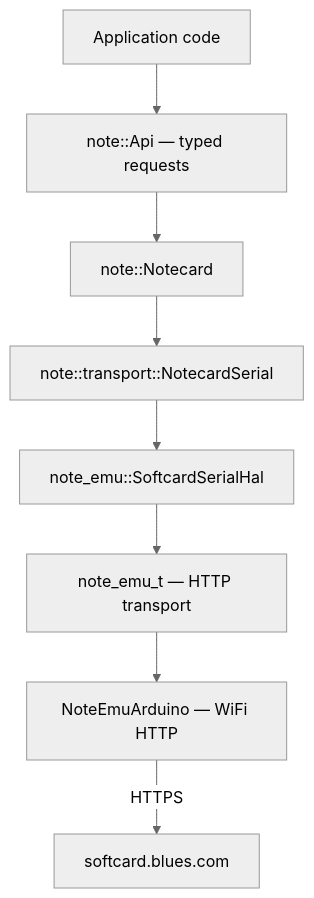
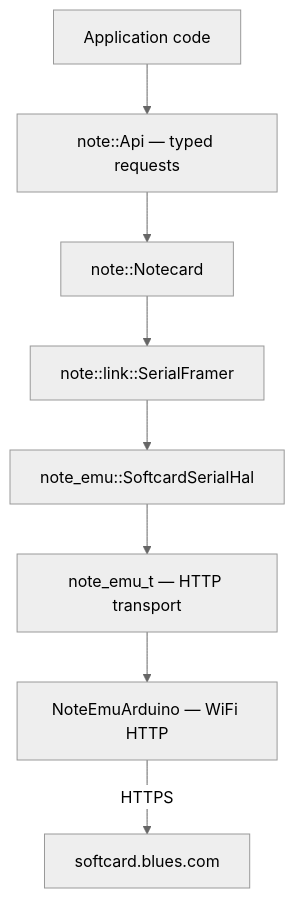
Before and after one commit to m-mcgowan/note-emu: the diagram in examples/platformio-notecpp/README.md, drawn with Mermaid (neutral theme). The commit also changed 10 other files, not shown here.

````diff
--- a/examples/platformio-notecpp/README.md
+++ b/examples/platformio-notecpp/README.md
@@ -83,19 +83,19 @@
 ```mermaid
 graph TD
     App["Application code"]
     Api["note::Api — typed requests"]
     NC["note::Notecard"]
-    Transport["note::transport::NotecardSerial"]
+    Transport["note::link::SerialFramer"]
     HAL["note_emu::SoftcardSerialHal"]
     Emu["note_emu_t — HTTP transport"]
     Backend["NoteEmuArduino — WiFi HTTP"]
     Softcard["softcard.blues.com"]
 
     App --> Api
     Api --> NC
     NC --> Transport
     Transport --> HAL
     HAL --> Emu
     Emu --> Backend
     Backend -->|HTTPS| Softcard
 ```
````
